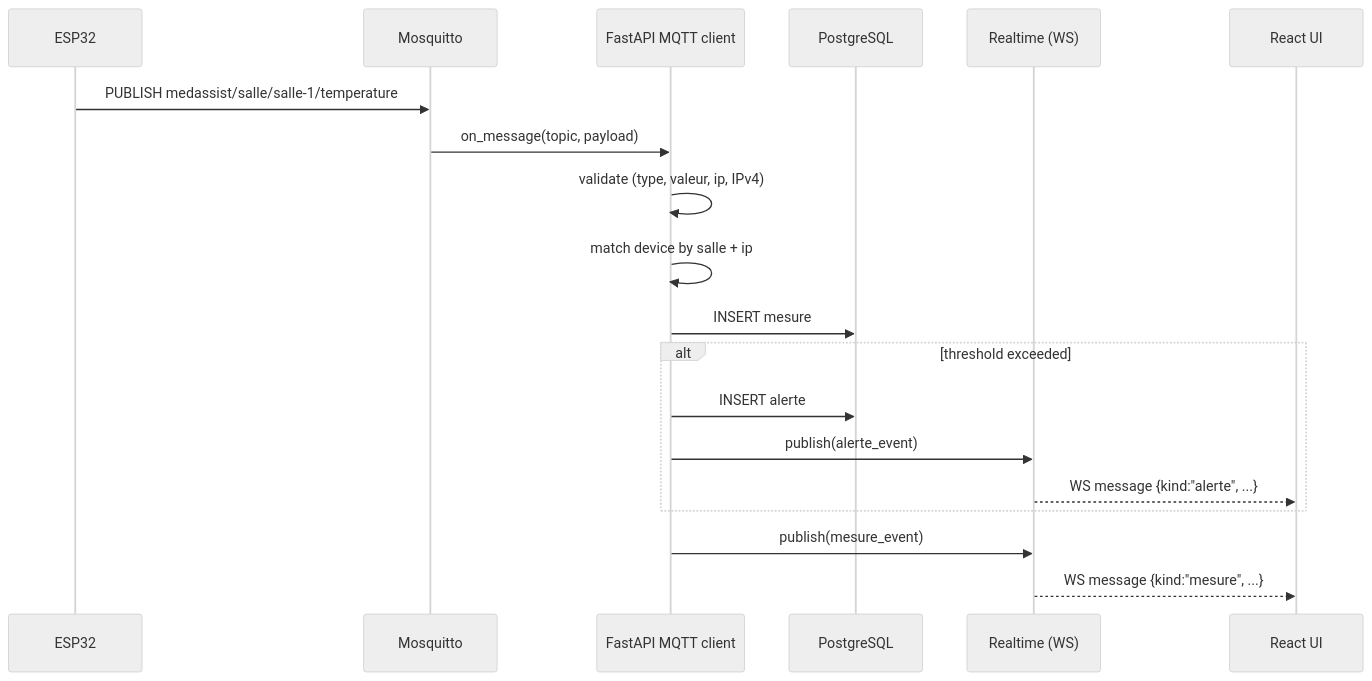
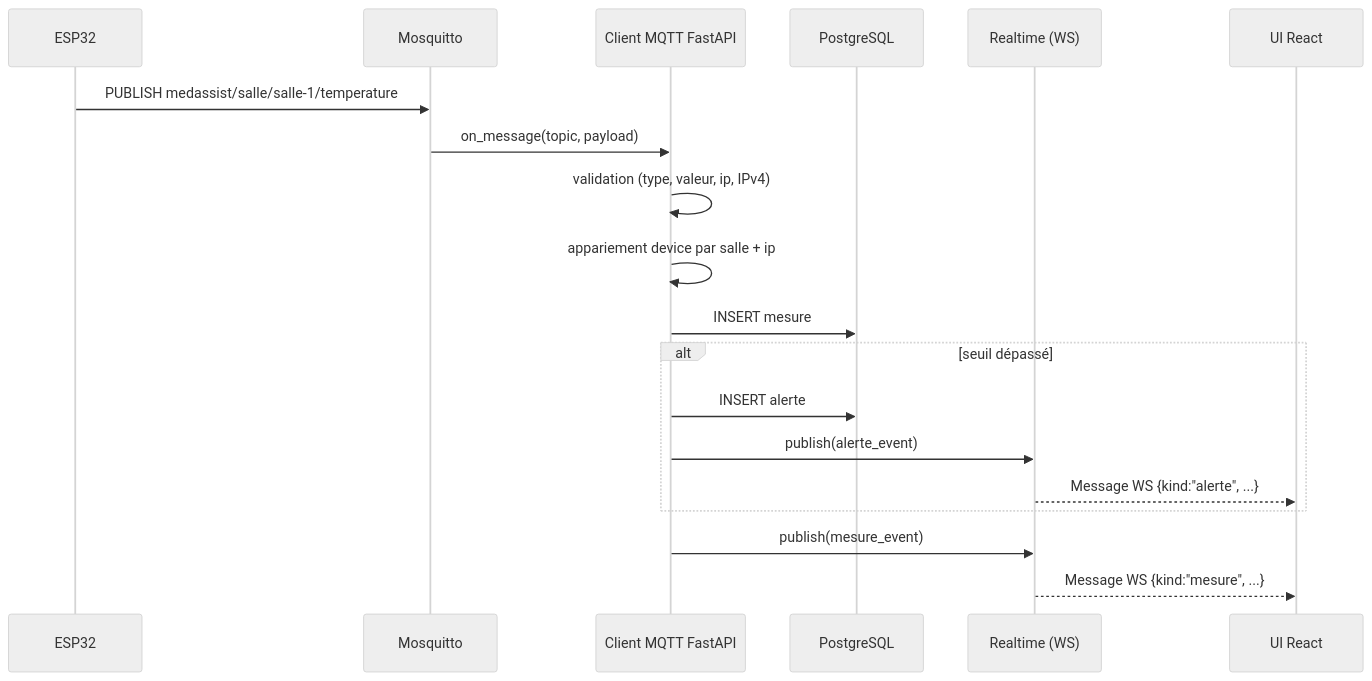
The second of 6 diagrams in docs/architecture.md (t4lhawi/MedAssist-AI), drawn with Mermaid (neutral theme) before and after one commit. The commit also changed other lines of this file and 9 other files, not shown here.

````diff
--- a/docs/architecture.md
+++ b/docs/architecture.md
@@ -83,22 +83,22 @@
 ```mermaid
 sequenceDiagram
   participant ESP as ESP32
   participant MQ as Mosquitto
-  participant BE as FastAPI MQTT client
+  participant BE as Client MQTT FastAPI
   participant DB as PostgreSQL
   participant RT as Realtime (WS)
-  participant FE as React UI
+  participant FE as UI React
 
   ESP->>MQ: PUBLISH medassist/salle/salle-1/temperature
   MQ->>BE: on_message(topic, payload)
-  BE->>BE: validate (type, valeur, ip, IPv4)
-  BE->>BE: match device by salle + ip
+  BE->>BE: validation (type, valeur, ip, IPv4)
+  BE->>BE: appariement device par salle + ip
   BE->>DB: INSERT mesure
-  alt threshold exceeded
+  alt seuil dépassé
     BE->>DB: INSERT alerte
     BE->>RT: publish(alerte_event)
-    RT-->>FE: WS message {kind:"alerte", ...}
+    RT-->>FE: Message WS {kind:"alerte", ...}
   end
   BE->>RT: publish(mesure_event)
-  RT-->>FE: WS message {kind:"mesure", ...}
+  RT-->>FE: Message WS {kind:"mesure", ...}
 ```
````
